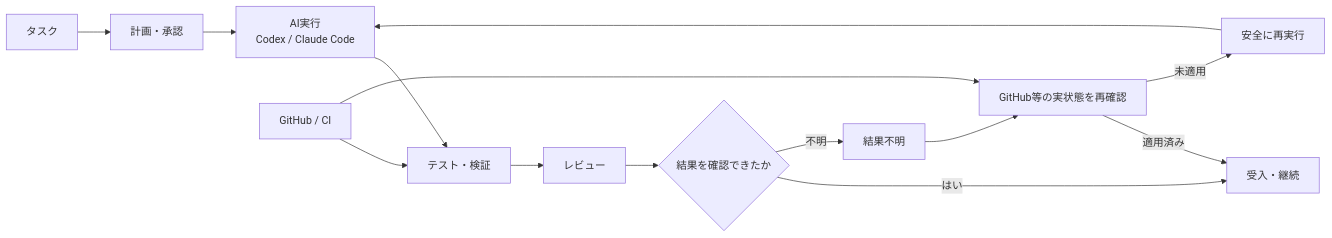
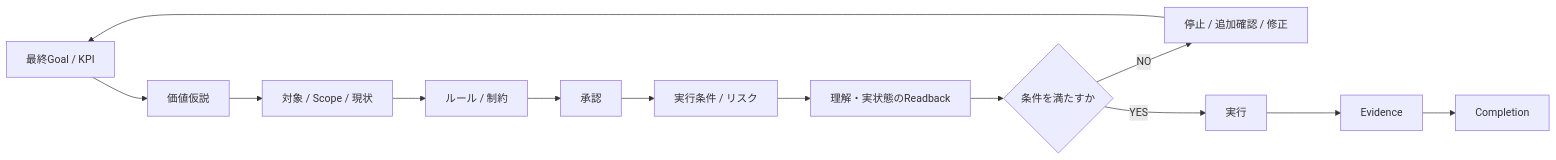
The second of 2 diagrams in projects/01_ai_development_foundation.md (hiromi1992/ai-engineering-portfolio), drawn with Mermaid before and after one commit. The commit also changed other lines of this file, not shown here.

Commit message:
Reframe AI development foundation around forced gates and evidence

````diff
--- a/projects/01_ai_development_foundation.md
+++ b/projects/01_ai_development_foundation.md
@@ -15,17 +45,15 @@
 ```mermaid
 flowchart LR
-    A[タスク] --> B[計画・承認]
-    B --> C[AI実行\nCodex / Claude Code]
-    C --> D[テスト・検証]
-    D --> E[レビュー]
-    E --> F{結果を確認できたか}
-    F -->|はい| G[受入・継続]
-    F -->|不明| H[結果不明]
-    H --> I[GitHub等の実状態を再確認]
-    I -->|適用済み| G
-    I -->|未適用| J[安全に再実行]
-    J --> C
-
-    K[GitHub / CI] --> D
-    K --> I
+    A[最終Goal / KPI] --> B[価値仮説]
+    B --> C[対象 / Scope / 現状]
+    C --> D[ルール / 制約]
+    D --> E[承認]
+    E --> F[実行条件 / リスク]
+    F --> G[理解・実状態のReadback]
+    G --> H{条件を満たすか}
+    H -->|NO| I[停止 / 追加確認 / 修正]
+    I --> A
+    H -->|YES| J[実行]
+    J --> K[Evidence]
+    K --> L[Completion]
 ```
````
